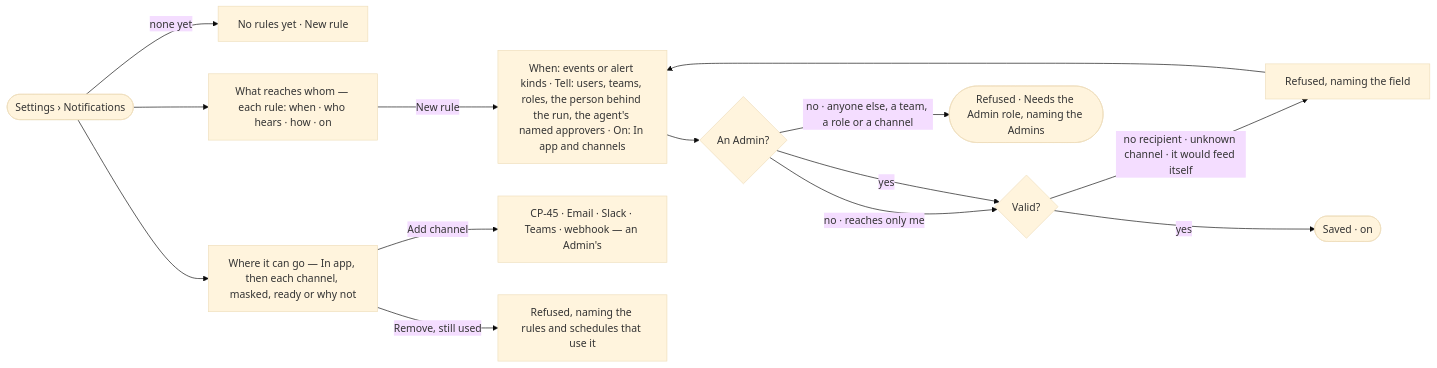
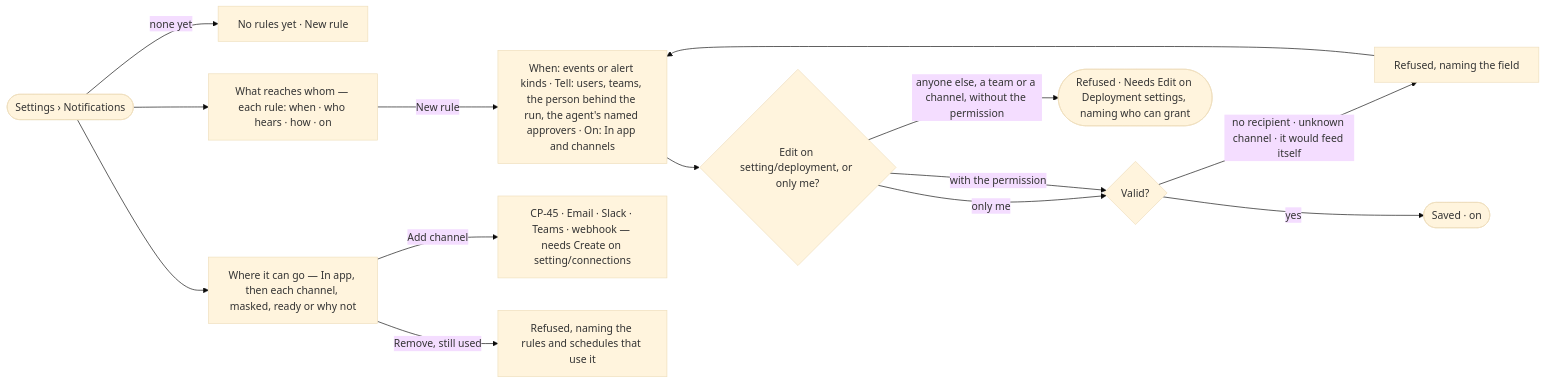
Before and after one commit to invana/invana: the diagram in specs/os/control/features/CP-F08-the-inbox/stories/CP-37-say-which-events-reach-whom-and-where/story.md, drawn with Mermaid (base theme). The commit also changed other lines of this file and 456 other files, not shown here.

````diff
--- a/specs/os/control/features/CP-F08-the-inbox/stories/CP-37-say-which-events-reach-whom-and-where/story.md
+++ b/specs/os/control/features/CP-F08-the-inbox/stories/CP-37-say-which-events-reach-whom-and-where/story.md
@@ -26,15 +26,15 @@
 ```mermaid
 flowchart LR
   s([Settings › Notifications]) -->|none yet| e["No rules yet · New rule"]
   s --> r["What reaches whom — each rule: when · who hears · how · on"]
   s --> c["Where it can go — In app, then each channel, masked, ready or why not"]
-  r -->|New rule| n["When: events or alert kinds · Tell: users, teams, roles, the person behind the run, the agent's named approvers · On: In app and channels"]
-  n --> who{"An Admin?"}
-  who -->|no · reaches only me| v
-  who -->|no · anyone else, a team, a role or a channel| nr(["Refused · Needs the Admin role, naming the Admins"])
-  who -->|yes| v{"Valid?"}
+  r -->|New rule| n["When: events or alert kinds · Tell: users, teams, the person behind the run, the agent's named approvers · On: In app and channels"]
+  n --> who{"Edit on setting/deployment, or only me?"}
+  who -->|only me| v
+  who -->|anyone else, a team or a channel, without the permission| nr(["Refused · Needs Edit on Deployment settings, naming who can grant"])
+  who -->|with the permission| v{"Valid?"}
   v -->|no recipient · unknown channel · it would feed itself| x["Refused, naming the field"] --> n
   v -->|yes| ok(["Saved · on"])
-  c -->|Add channel| ch["CP-45 · Email · Slack · Teams · webhook — an Admin's"]
+  c -->|Add channel| ch["CP-45 · Email · Slack · Teams · webhook — needs Create on setting/connections"]
   c -->|Remove, still used| used["Refused, naming the rules and schedules that use it"]
 ```
````
